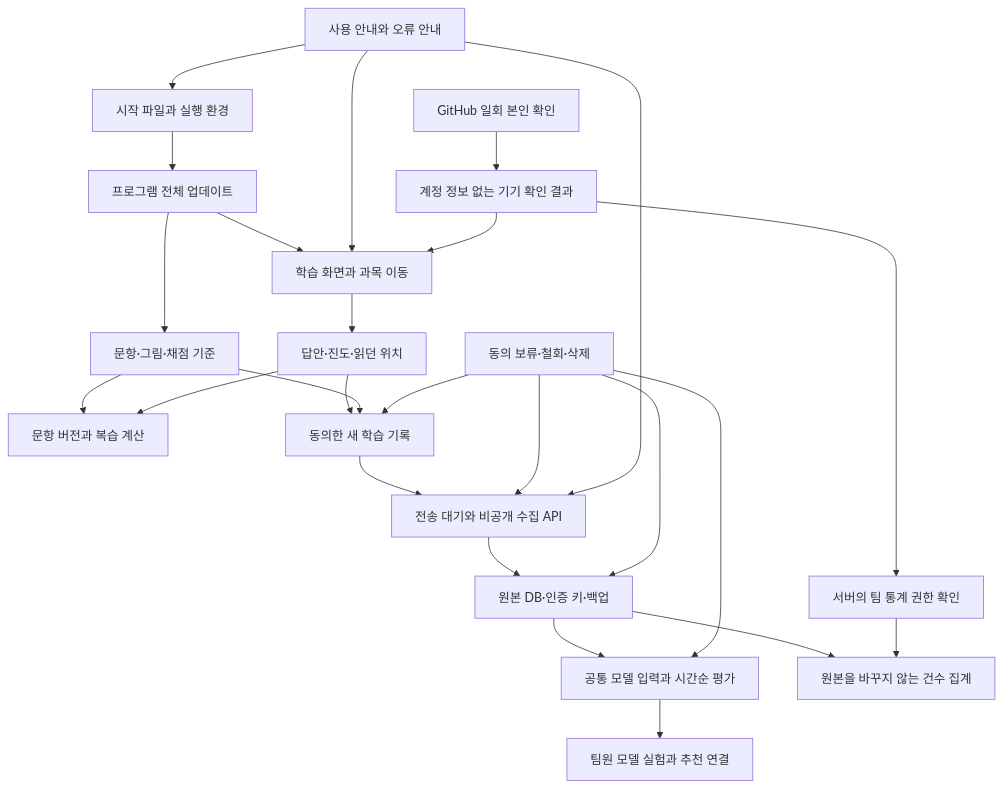
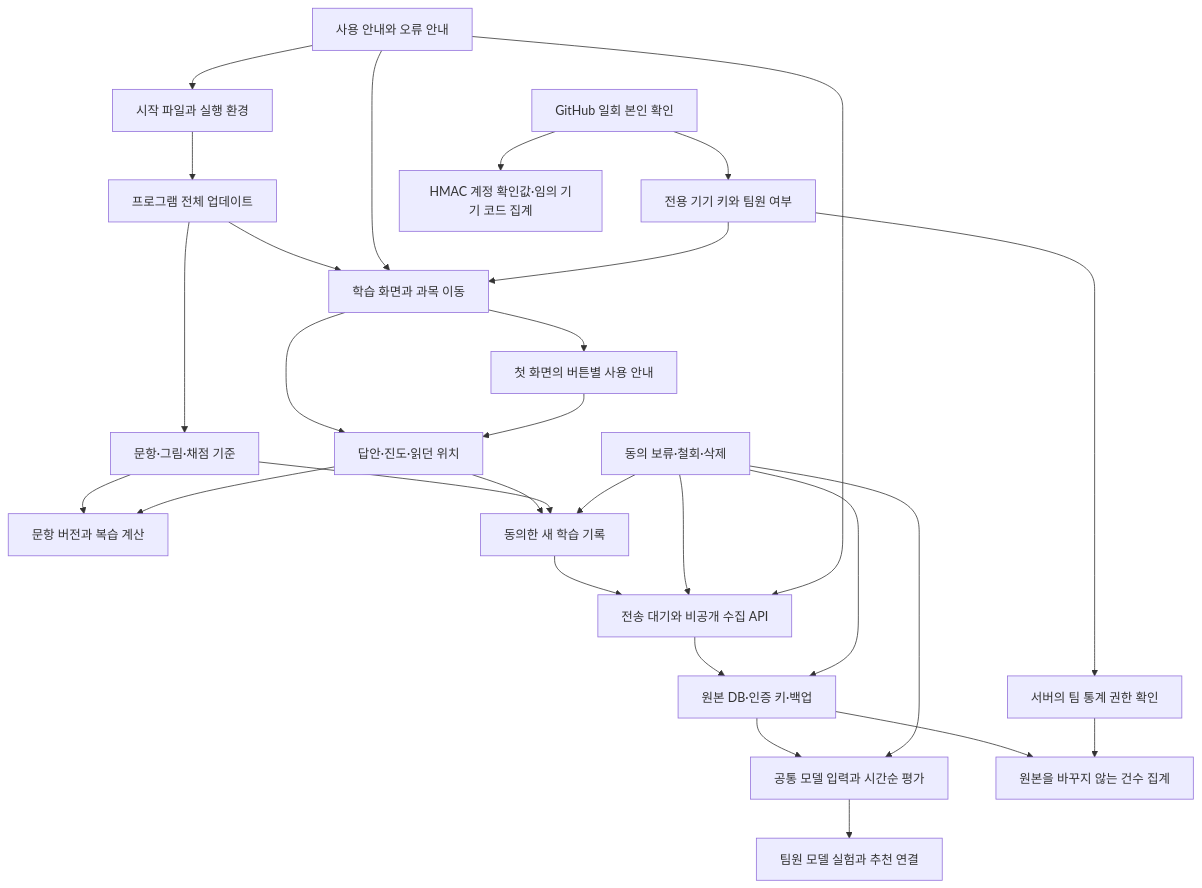
One commit to WaterMinCho/programming-study changed the diagram in docs/CHANGE_IMPACT.md. Above: the diagram before and after it, drawn with Mermaid. The commit also changed other lines of this file and 29 other files, not shown here.

````diff
--- a/docs/CHANGE_IMPACT.md
+++ b/docs/CHANGE_IMPACT.md
@@ -5,27 +5,30 @@
 ```mermaid
 flowchart TD
     A[시작 파일과 실행 환경] --> B[프로그램 전체 업데이트]
     B --> C[학습 화면과 과목 이동]
     B --> D[문항·그림·채점 기준]
     C --> E[답안·진도·읽던 위치]
     D --> F[문항 버전과 복습 계산]
     E --> F
     E --> G[동의한 새 학습 기록]
     D --> G
     G --> H[전송 대기와 비공개 수집 API]
     H --> I[원본 DB·인증 키·백업]
     I --> J[공통 모델 입력과 시간순 평가]
     J --> K[팀원 모델 실험과 추천 연결]
     L[동의 보류·철회·삭제] --> G
     L --> H
     L --> I
     L --> J
     M[사용 안내와 오류 안내] --> A
     M --> C
     M --> H
-    N[GitHub 일회 본인 확인] --> O[계정 정보 없는 기기 확인 결과]
+    N[GitHub 일회 본인 확인] --> O[전용 기기 키와 팀원 여부]
+    N --> R[HMAC 계정 확인값·임의 기기 코드 집계]
     O --> C
+    C --> S[첫 화면의 버튼별 사용 안내]
+    S --> E
     O --> P[서버의 팀 통계 권한 확인]
     I --> Q[원본을 바꾸지 않는 건수 집계]
     P --> Q
 ```
````
